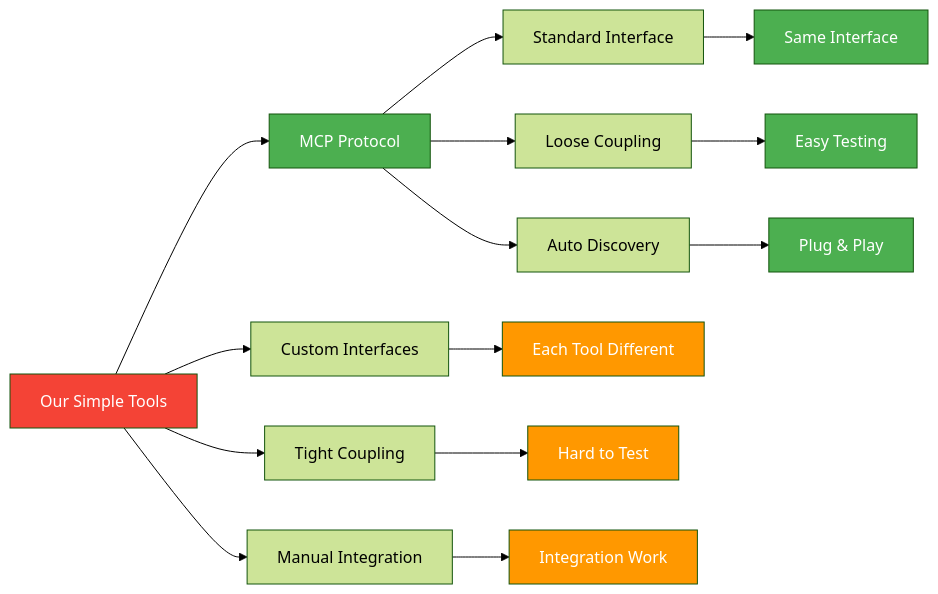
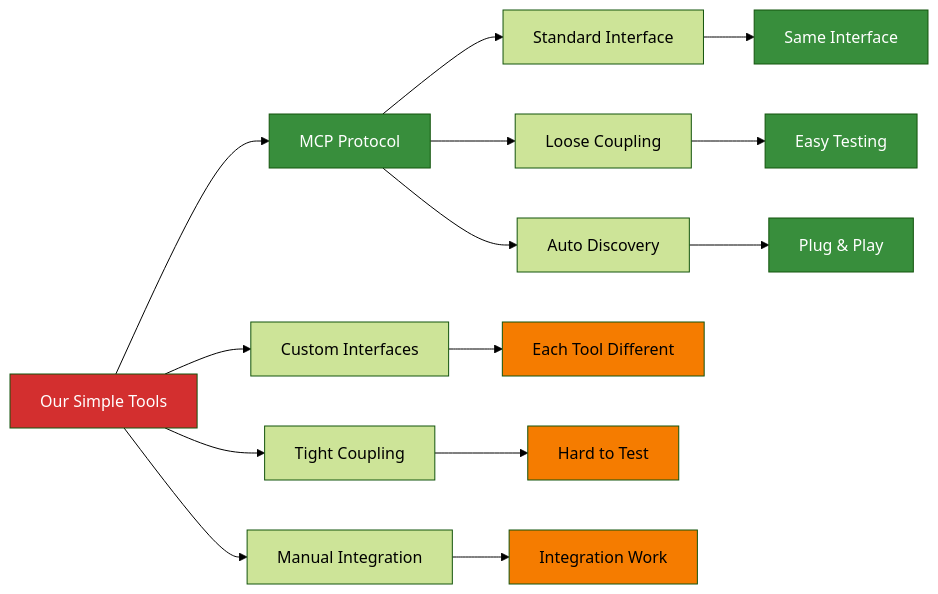
Diagram 15 of 15 in docs-content/01_frameworks/Session1_ModuleD_Coding_Assistant_Case_Study.md (fwornle/agentic-ai-nano), drawn with Mermaid (forest theme) before and after one commit. The commit also changed other lines of this file, not shown here.

````diff
--- a/docs-content/01_frameworks/Session1_ModuleD_Coding_Assistant_Case_Study.md
+++ b/docs-content/01_frameworks/Session1_ModuleD_Coding_Assistant_Case_Study.md
@@ -962,29 +962,29 @@
 ```mermaid
 graph LR
     OUR[Our Simple Tools] --> MCP[MCP Protocol]
     
     OUR --> CUSTOM[Custom Interfaces]
     OUR --> TIGHT[Tight Coupling]
     OUR --> MANUAL[Manual Integration]
     
     MCP --> STANDARD[Standard Interface] 
     MCP --> LOOSE[Loose Coupling]
     MCP --> AUTO[Auto Discovery]
     
     CUSTOM --> PROBLEM1[Each Tool Different]
     TIGHT --> PROBLEM2[Hard to Test]
     MANUAL --> PROBLEM3[Integration Work]
     
     STANDARD --> SOLUTION1[Same Interface]
     LOOSE --> SOLUTION2[Easy Testing]
     AUTO --> SOLUTION3[Plug & Play]
     
-    style OUR fill:#F44336,color:#ffffff
-    style MCP fill:#4CAF50,color:#ffffff
-    style PROBLEM1 fill:#FF9800,color:#ffffff
-    style PROBLEM2 fill:#FF9800,color:#ffffff
-    style PROBLEM3 fill:#FF9800,color:#ffffff
-    style SOLUTION1 fill:#4CAF50,color:#ffffff
-    style SOLUTION2 fill:#4CAF50,color:#ffffff
-    style SOLUTION3 fill:#4CAF50,color:#ffffff
+    style OUR fill:#D32F2F,color:#ffffff
+    style MCP fill:#388E3C,color:#ffffff
+    style PROBLEM1 fill:#F57C00,color:#000000
+    style PROBLEM2 fill:#F57C00,color:#000000
+    style PROBLEM3 fill:#F57C00,color:#000000
+    style SOLUTION1 fill:#388E3C,color:#ffffff
+    style SOLUTION2 fill:#388E3C,color:#ffffff
+    style SOLUTION3 fill:#388E3C,color:#ffffff
 ```
````
